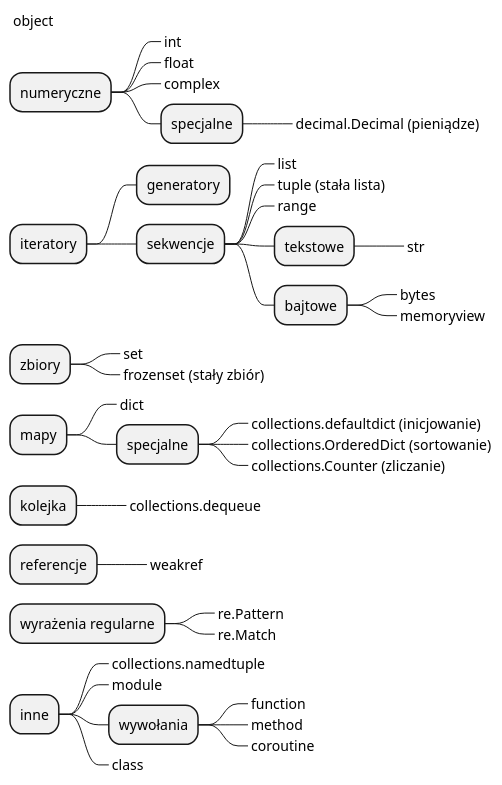
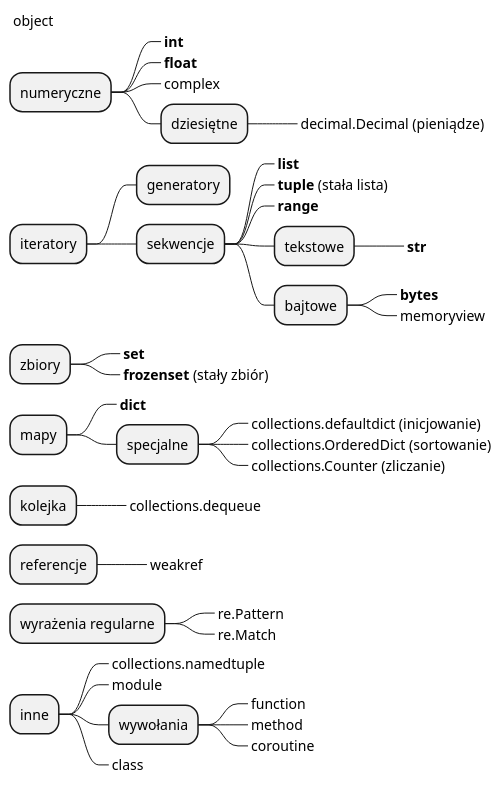
Before and after one commit to ChameleonRed/profesjonalne-programowanie: the diagram in piaskownica/s007_typy_danych/types.puml, drawn with PlantUML.

Commit message:
Improved types map.

```diff
--- a/piaskownica/s007_typy_danych/types.puml
+++ b/piaskownica/s007_typy_danych/types.puml
@@ -1,58 +1,58 @@
 @startmindmap
 
 *_ object
 
 * numeryczne
-**_ int
-**_ float
+**_ **int**
+**_ **float**
 **_ complex
-** specjalne
+** dziesiętne
 ***_ decimal.Decimal (pieniądze)
 
 * iteratory
 ** generatory
 
 ** sekwencje
-***_ list
-***_ tuple (stała lista)
-***_ range
+***_ **list**
+***_ **tuple** (stała lista)
+***_ **range**
 *** tekstowe
-****_ str
+****_ **str**
 *** bajtowe
-****_ bytes
+****_ **bytes**
 ****_ memoryview
 
 * zbiory
-**_ set
-**_ frozenset (stały zbiór)
+**_ **set**
+**_ **frozenset** (stały zbiór)
 
 * mapy
-**_ dict
+**_ **dict**
 ** specjalne
 ***_ collections.defaultdict (inicjowanie)
 ***_ collections.OrderedDict (sortowanie)
 ***_ collections.Counter (zliczanie)
 
 * kolejka
 **_ collections.dequeue
 
 * referencje
 **_ weakref
 
 * wyrażenia regularne
 **_ re.Pattern
 **_ re.Match
 
 * inne
 **_ collections.namedtuple
 **_ module
 ** wywołania
 ***_ function
 ***_ method
 ***_ coroutine
 **_ class
 
 
 
 
 @endmindmap
```
